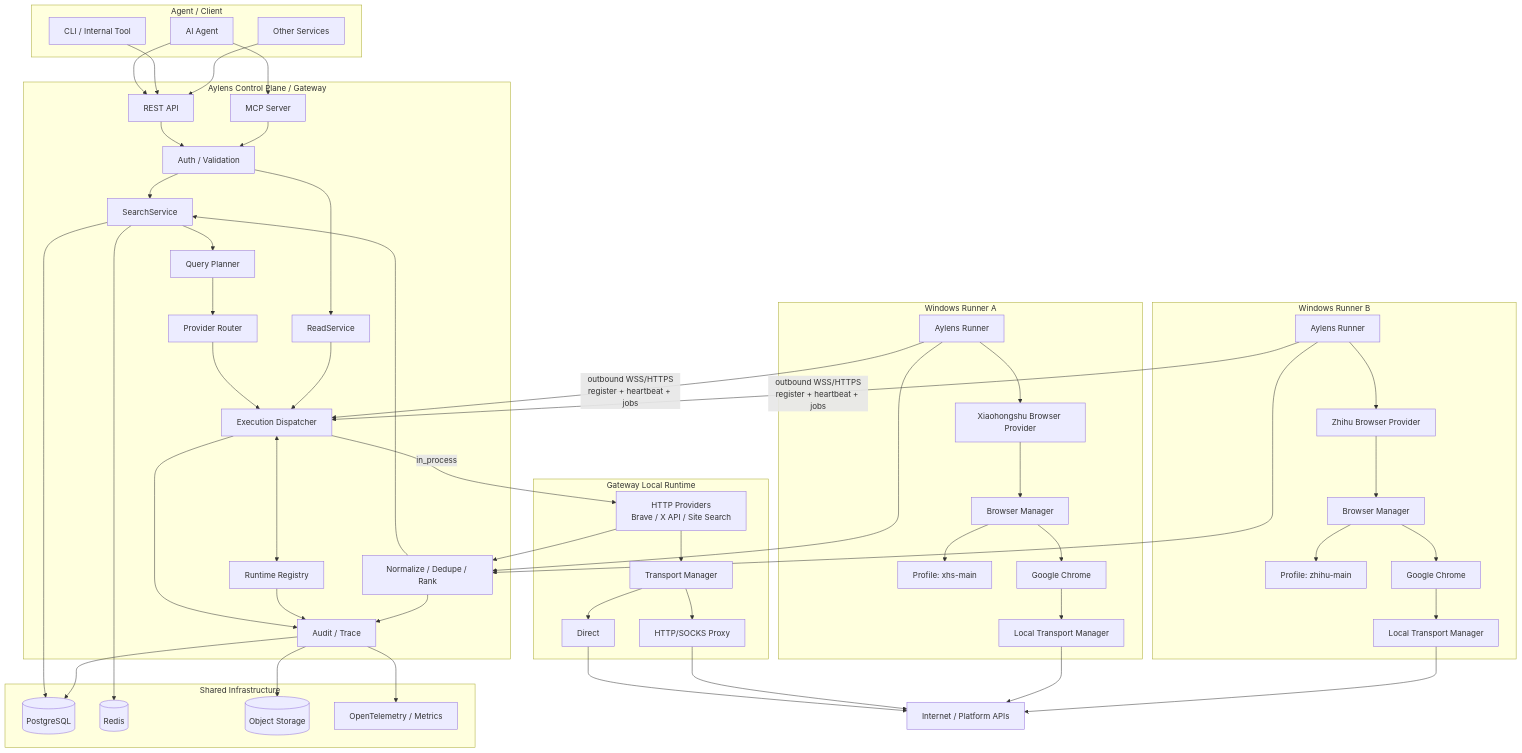
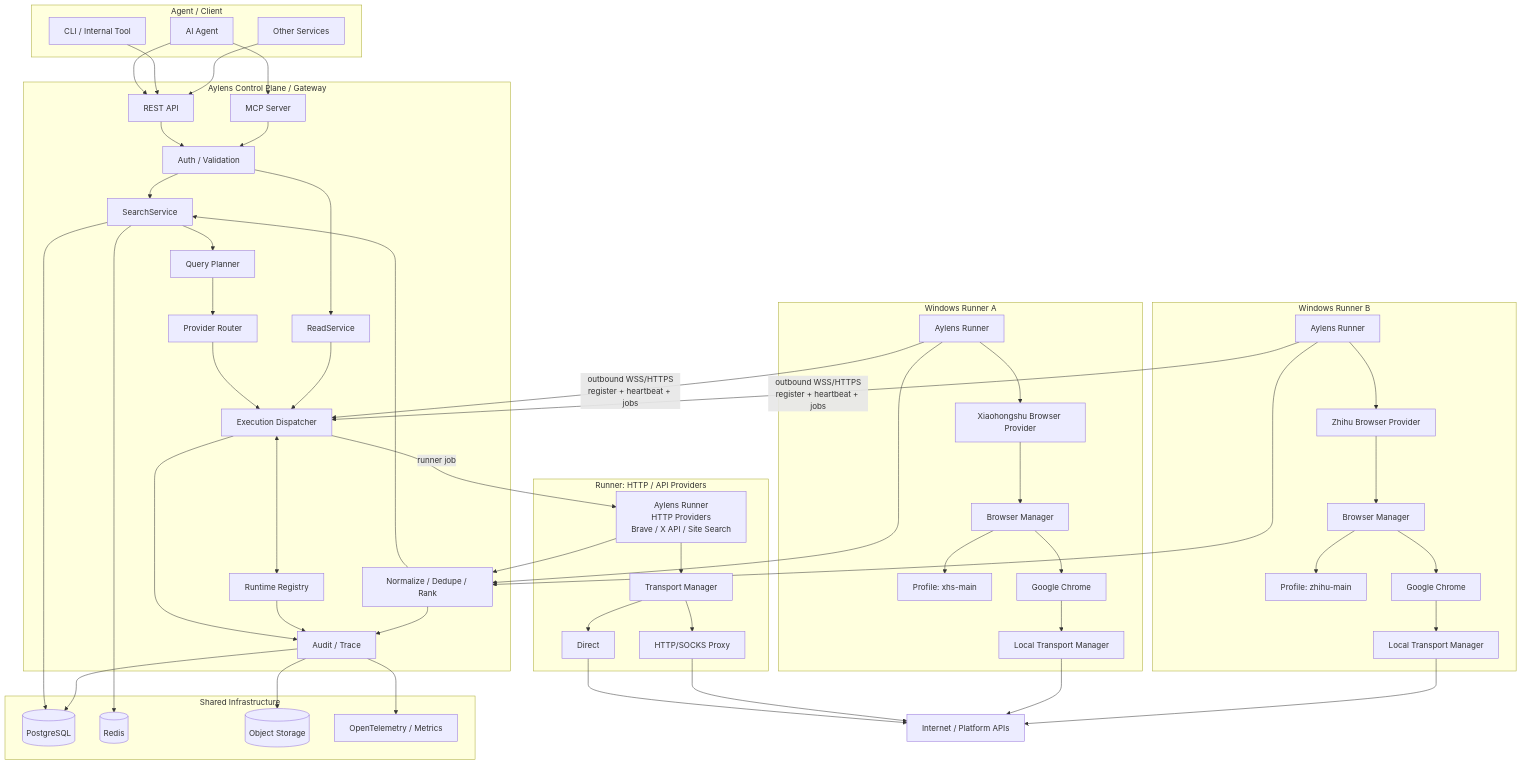
The first of 24 diagrams in ARCHITECTURE.md (xuzhen97/Aylens), drawn with Mermaid before and after one commit. The commit also changed other lines of this file and 38 other files, not shown here.

Commit message:
refactor: separate gateway provider definitions from runner deployments

```diff
--- a/ARCHITECTURE.md
+++ b/ARCHITECTURE.md
@@ -151,8 +155,8 @@
         AUDIT["Audit / Trace"]
     end
 
-    subgraph LocalRuntime["Gateway Local Runtime"]
-        LP["HTTP Providers<br/>Brave / X API / Site Search"]
+    subgraph HttpRunner["Runner: HTTP / API Providers"]
+        LP["Aylens Runner<br/>HTTP Providers<br/>Brave / X API / Site Search"]
         LTM["Transport Manager"]
         LD["Direct"]
         LPROXY["HTTP/SOCKS Proxy"]
@@ -199,7 +203,7 @@
 
     DISPATCH <--> RREG
 
-    DISPATCH -->|"in_process"| LP
+    DISPATCH -->|"runner job"| LP
     LP --> LTM
     LTM --> LD --> INTERNET
     LTM --> LPROXY --> INTERNET
```
